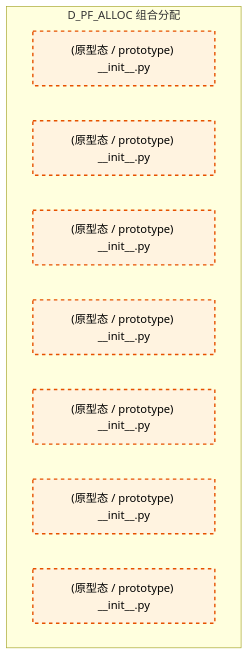
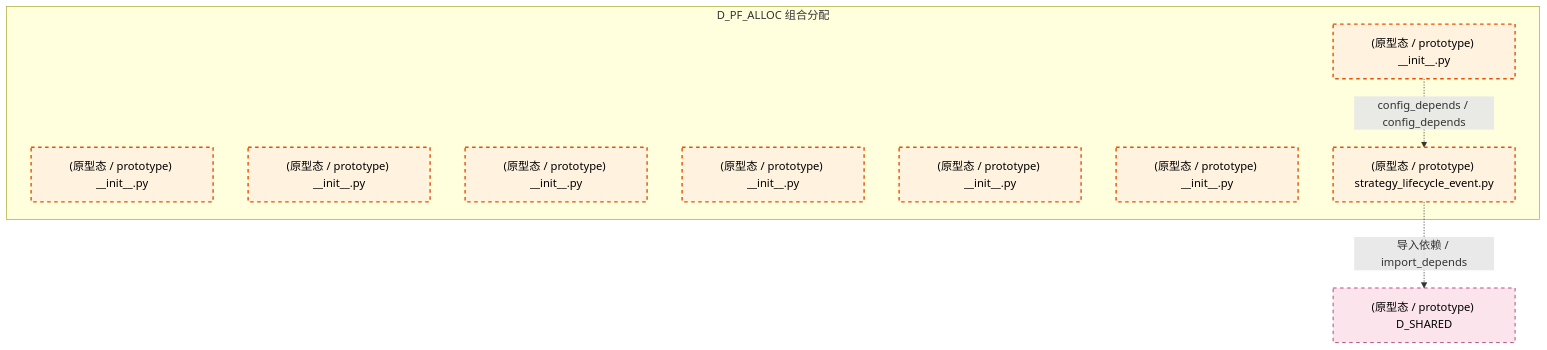
One commit to xuanFelixVan/ZephyrAlpha changed the fourth of 5 diagrams in docs/02_enterprise_architecture/02_domain_architecture_docs/51_d_pf_alloc.md. Above: the diagram before and after it, drawn with Mermaid. The commit also changed other lines of this file and 126 other files, not shown here.

````diff
--- a/docs/02_enterprise_architecture/02_domain_architecture_docs/51_d_pf_alloc.md
+++ b/docs/02_enterprise_architecture/02_domain_architecture_docs/51_d_pf_alloc.md
@@ -147,17 +151,22 @@
 ```mermaid
 graph TD
     subgraph D_PF_ALLOC["D_PF_ALLOC 组合分配"]
         src_zephyr_pf_alloc_init_py["(原型态 / prototype) __init__.py"]
         src_zephyr_pf_alloc_extensions_init_py["(原型态 / prototype) __init__.py"]
         src_zephyr_pf_alloc_api_init_py["(原型态 / prototype) __init__.py"]
         src_zephyr_pf_alloc_core_init_py["(原型态 / prototype) __init__.py"]
         src_zephyr_pf_alloc_infrastructure_init_py["(原型态 / prototype) __init__.py"]
         src_zephyr_pf_alloc_models_init_py["(原型态 / prototype) __init__.py"]
         src_zephyr_pf_alloc_services_init_py["(原型态 / prototype) __init__.py"]
+        src_zephyr_pf_alloc_strategy_lifecycle_event_py["(原型态 / prototype) strategy_lifecycle_event.py"]
     end
+    src_zephyr_pf_alloc_init_py -.->|config_depends / config_depends| src_zephyr_pf_alloc_strategy_lifecycle_event_py
+    D_SHARED["(原型态 / prototype) D_SHARED"]
+    src_zephyr_pf_alloc_strategy_lifecycle_event_py -.->|导入依赖 / import_depends| D_SHARED
     classDef production fill:#e1f5fe,stroke:#01579b,stroke-width:2px,color:#000
     classDef design fill:#fff3e0,stroke:#e65100,stroke-width:2px,color:#000,stroke-dasharray: 5 5
     classDef external_prod fill:#e8f5e9,stroke:#1b5e20,stroke-width:1px,color:#000
     classDef external_design fill:#fce4ec,stroke:#880e4f,stroke-width:1px,color:#000,stroke-dasharray: 5 5
-    class src_zephyr_pf_alloc_init_py,src_zephyr_pf_alloc_extensions_init_py,src_zephyr_pf_alloc_api_init_py,src_zephyr_pf_alloc_core_init_py,src_zephyr_pf_alloc_infrastructure_init_py,src_zephyr_pf_alloc_models_init_py,src_zephyr_pf_alloc_services_init_py design
+    class src_zephyr_pf_alloc_init_py,src_zephyr_pf_alloc_extensions_init_py,src_zephyr_pf_alloc_api_init_py,src_zephyr_pf_alloc_core_init_py,src_zephyr_pf_alloc_infrastructure_init_py,src_zephyr_pf_alloc_models_init_py,src_zephyr_pf_alloc_services_init_py,src_zephyr_pf_alloc_strategy_lifecycle_event_py design
+    class D_SHARED external_design
 ```
````
